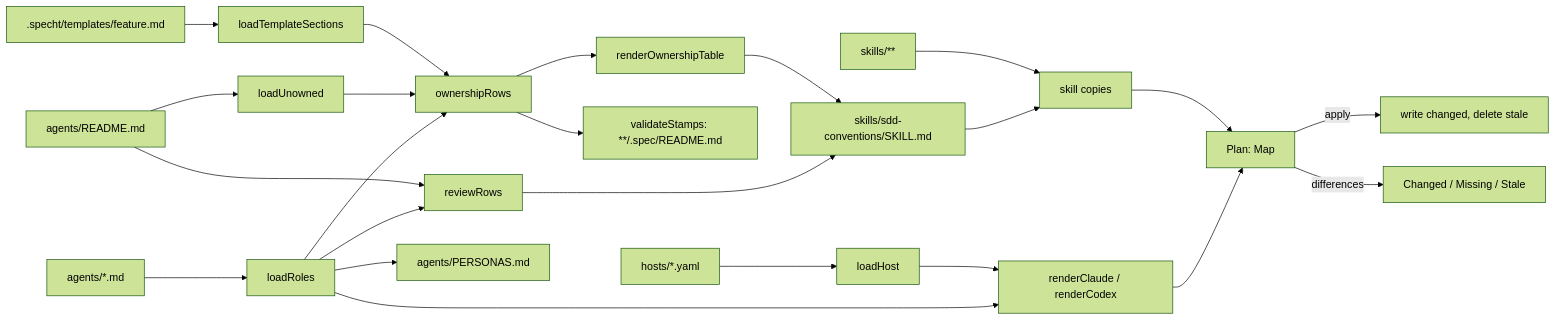
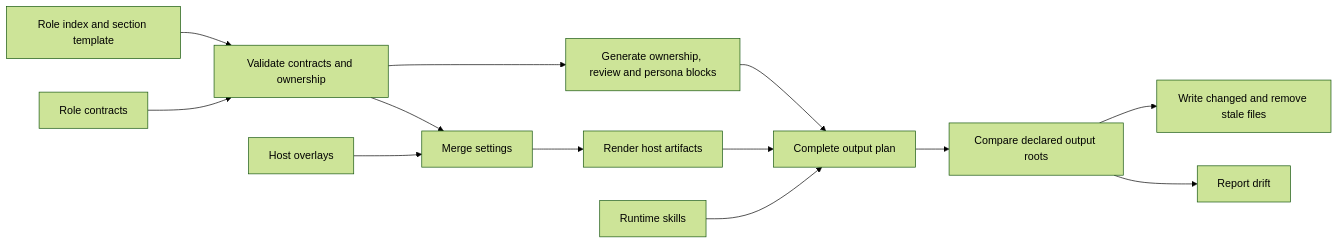
The diagram in scripts/.spec/README.md (RLittlesII/agents), drawn with Mermaid (forest theme) before and after one commit. The commit also changed other lines of this file and 34 other files, not shown here.

````diff
--- a/scripts/.spec/README.md
+++ b/scripts/.spec/README.md
@@ -139,19 +133,15 @@
 ```mermaid
 flowchart LR
-  roles["agents/*.md"] --> load[loadRoles]
-  readme["agents/README.md"] --> unowned[loadUnowned]
-  hosts["hosts/*.yaml"] --> host[loadHost]
-  template[".specht/templates/feature.md"] --> sections[loadTemplateSections]
-  load & unowned & sections --> own[ownershipRows]
-  own --> stamps["validateStamps: **/.spec/README.md"]
-  load & readme --> passes[reviewRows]
-  passes --> companion
-  own --> table[renderOwnershipTable]
-  table --> companion["skills/sdd-conventions/SKILL.md"]
-  load --> roster["agents/PERSONAS.md"]
-  load & host --> render["renderClaude / renderCodex"]
-  companion & skills["skills/**"] --> copy["skill copies"]
-  render & copy --> plan["Plan: Map<path, byte[]>"]
-  plan -->|apply| write["write changed, delete stale"]
-  plan -->|differences| check["Changed / Missing / Stale"]
+  roles[Role contracts] --> validate[Validate contracts and ownership]
+  registry[Role index and section template] --> validate
+  hosts[Host overlays] --> merge[Merge settings]
+  validate --> merge
+  validate --> blocks[Generate ownership, review and persona blocks]
+  blocks --> plan[Complete output plan]
+  merge --> render[Render host artifacts]
+  render --> plan
+  skills[Runtime skills] --> plan
+  plan --> compare[Compare declared output roots]
+  compare --> check[Report drift]
+  compare --> apply[Write changed and remove stale files]
 ```
````
